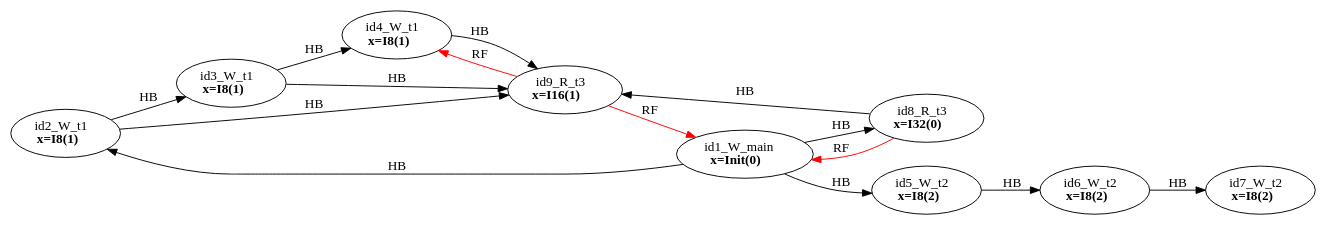
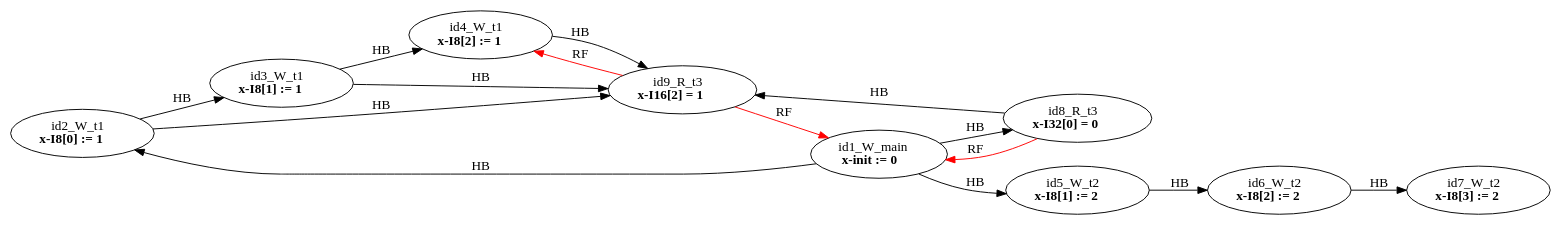
Before and after one commit to FMJS/EMME: the diagram in examples/single_var/sv_simple20/mm6.dot, drawn with Graphviz. The commit also changed 354 other files, not shown here.

```diff
--- a/examples/single_var/sv_simple20/mm6.dot
+++ b/examples/single_var/sv_simple20/mm6.dot
@@ -1,27 +1,27 @@
 digraph memory_model {
 rankdir=LR;
 splines=true; esep=0.5;
 id2_W_t1 -> id3_W_t1 [label = "HB", color="black"];
 id3_W_t1 -> id4_W_t1 [label = "HB", color="black"];
 id5_W_t2 -> id6_W_t2 [label = "HB", color="black"];
 id6_W_t2 -> id7_W_t2 [label = "HB", color="black"];
 id8_R_t3 -> id9_R_t3 [label = "HB", color="black"];
 id1_W_main -> id2_W_t1 [label = "HB", color="black"];
 id1_W_main -> id5_W_t2 [label = "HB", color="black"];
 id1_W_main -> id8_R_t3 [label = "HB", color="black"];
 id2_W_t1 -> id9_R_t3 [label = "HB", color="black"];
 id3_W_t1 -> id9_R_t3 [label = "HB", color="black"];
 id4_W_t1 -> id9_R_t3 [label = "HB", color="black"];
 id8_R_t3 -> id1_W_main [label = "RF", color="red"];
 id9_R_t3 -> id1_W_main [label = "RF", color="red"];
 id9_R_t3 -> id4_W_t1 [label = "RF", color="red"];
-id1_W_main [label=<id1_W_main<br/><B>x=Init(0)</B>>, pos="5.0,6!"]
-id2_W_t1 [label=<id2_W_t1<br/><B>x=I8(1)</B>>, pos="0,4!"]
-id3_W_t1 [label=<id3_W_t1<br/><B>x=I8(1)</B>>, pos="0,2!"]
-id4_W_t1 [label=<id4_W_t1<br/><B>x=I8(1)</B>>, pos="0,0!"]
-id5_W_t2 [label=<id5_W_t2<br/><B>x=I8(2)</B>>, pos="5,4!"]
-id6_W_t2 [label=<id6_W_t2<br/><B>x=I8(2)</B>>, pos="5,2!"]
-id7_W_t2 [label=<id7_W_t2<br/><B>x=I8(2)</B>>, pos="5,0!"]
-id8_R_t3 [label=<id8_R_t3<br/><B>x=I32(0)</B>>, pos="10,4!"]
-id9_R_t3 [label=<id9_R_t3<br/><B>x=I16(1)</B>>, pos="10,2!"]
+id1_W_main [label=<id1_W_main<br/><B>x-init := 0</B>>, pos="5.0,6!"]
+id2_W_t1 [label=<id2_W_t1<br/><B>x-I8[0] := 1</B>>, pos="0,4!"]
+id3_W_t1 [label=<id3_W_t1<br/><B>x-I8[1] := 1</B>>, pos="0,2!"]
+id4_W_t1 [label=<id4_W_t1<br/><B>x-I8[2] := 1</B>>, pos="0,0!"]
+id5_W_t2 [label=<id5_W_t2<br/><B>x-I8[1] := 2</B>>, pos="5,4!"]
+id6_W_t2 [label=<id6_W_t2<br/><B>x-I8[2] := 2</B>>, pos="5,2!"]
+id7_W_t2 [label=<id7_W_t2<br/><B>x-I8[3] := 2</B>>, pos="5,0!"]
+id8_R_t3 [label=<id8_R_t3<br/><B>x-I32[0] = 0</B>>, pos="10,4!"]
+id9_R_t3 [label=<id9_R_t3<br/><B>x-I16[2] = 1</B>>, pos="10,2!"]
 }
```
